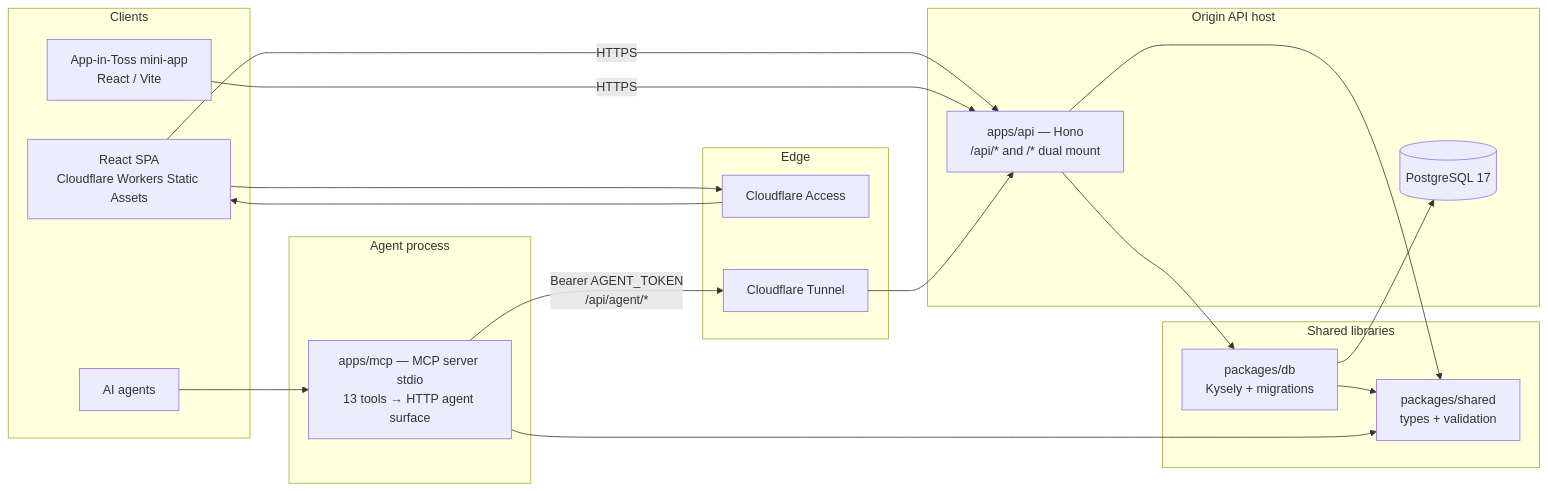
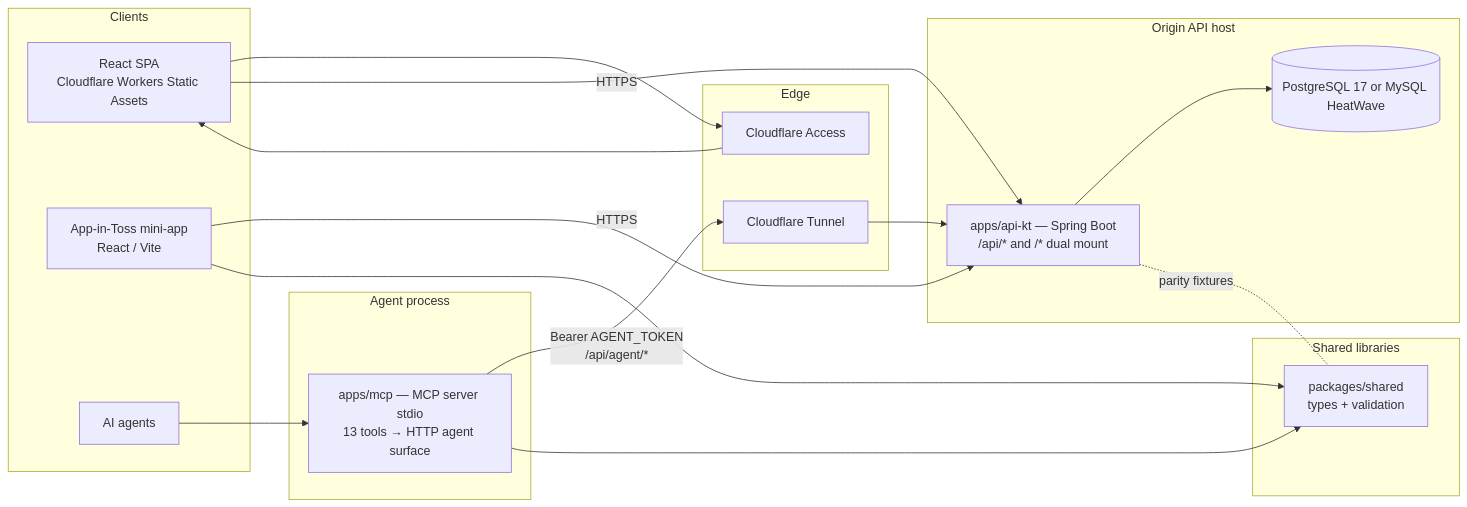
One commit to mgh3326/brewdial changed the diagram in README.md. Above: the diagram before and after it, drawn with Mermaid. The commit also changed other lines of this file and 22 other files, not shown here.

First line of the commit message:
refactor: keep shared domain rules identical across mini-app, TS and Kotlin (#86)

````diff
--- a/README.md
+++ b/README.md
@@ -30,40 +30,38 @@
 ```mermaid
 flowchart LR
   subgraph clients [Clients]
     WEB[React SPA<br/>Cloudflare Workers Static Assets]
     MINI[App-in-Toss mini-app<br/>React / Vite]
     AGENT[AI agents]
   end
 
   subgraph edge [Edge]
     CF_ACCESS[Cloudflare Access]
     CF_TUNNEL[Cloudflare Tunnel]
   end
 
   subgraph origin [Origin API host]
-    API["apps/api — Hono<br/>/api/* and /* dual mount"]
-    PG[(PostgreSQL 17)]
+    API["apps/api-kt — Spring Boot<br/>/api/* and /* dual mount"]
+    PG[(PostgreSQL 17 or MySQL HeatWave)]
   end
 
   subgraph packages [Shared libraries]
-    DB["packages/db<br/>Kysely + migrations"]
     SHARED["packages/shared<br/>types + validation"]
   end
 
   subgraph mcp [Agent process]
     MCP["apps/mcp — MCP server stdio<br/>13 tools → HTTP agent surface"]
   end
 
   WEB --> CF_ACCESS
   CF_ACCESS --> WEB
   WEB -->|HTTPS| API
   MINI -->|HTTPS| API
   AGENT --> MCP
   MCP -->|Bearer AGENT_TOKEN<br/>/api/agent/*| CF_TUNNEL
   CF_TUNNEL --> API
-  API --> DB
-  DB --> PG
-  API --> SHARED
-  DB --> SHARED
+  API --> PG
+  API -. parity fixtures .- SHARED
+  MINI --> SHARED
   MCP --> SHARED
 ```
````
